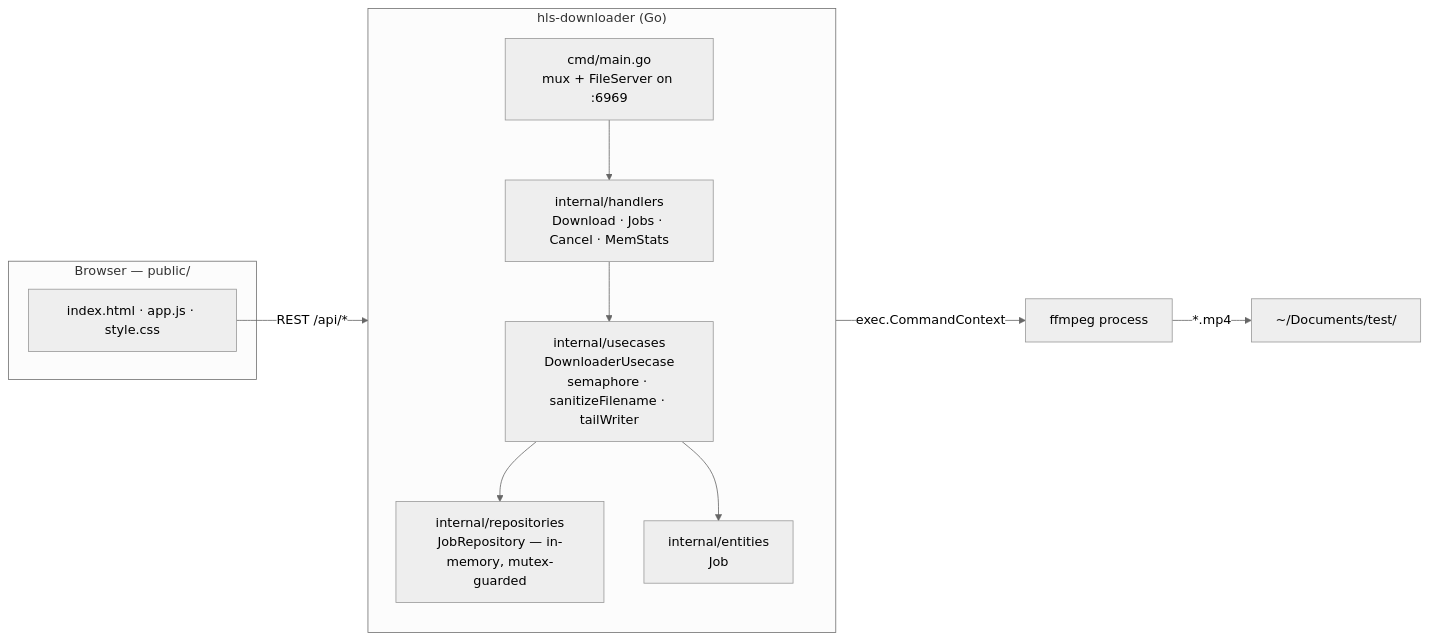
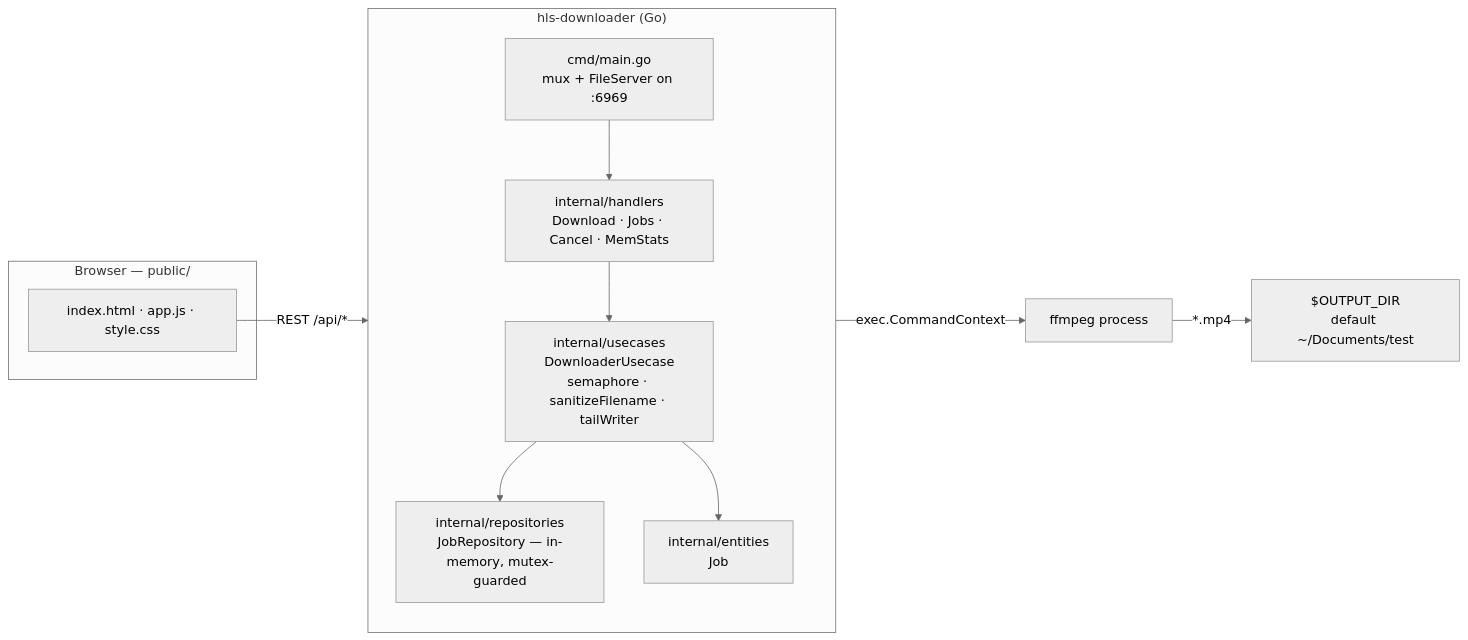
One commit to indraoct/hls-downloader changed the first of 3 diagrams in README.md. Above: the diagram before and after it, drawn with Mermaid (neutral theme). The commit also changed other lines of this file and 9 other files, not shown here.

Commit message:
Add Docker deployment, Makefile, and OUTPUT_DIR env config

````diff
--- a/README.md
+++ b/README.md
@@ -47,24 +88,24 @@
 ```mermaid
 flowchart LR
     subgraph Browser["Browser — public/"]
         UI["index.html · app.js · style.css"]
     end
 
     subgraph App["hls-downloader (Go)"]
         direction TB
         MAIN["cmd/main.go<br/>mux + FileServer on :6969"]
         HND["internal/handlers<br/>Download · Jobs · Cancel · MemStats"]
         UC["internal/usecases<br/>DownloaderUsecase<br/>semaphore · sanitizeFilename · tailWriter"]
         REP["internal/repositories<br/>JobRepository — in-memory, mutex-guarded"]
         ENT["internal/entities<br/>Job"]
 
         MAIN --> HND
         HND --> UC
         UC --> REP
         UC --> ENT
     end
 
     UI -- "REST /api/*" --> MAIN
     UC -- "exec.CommandContext" --> FF["ffmpeg process"]
-    FF -- "*.mp4" --> OUT["~/Documents/test/"]
+    FF -- "*.mp4" --> OUT["$OUTPUT_DIR<br/>default ~/Documents/test"]
 ```
````
